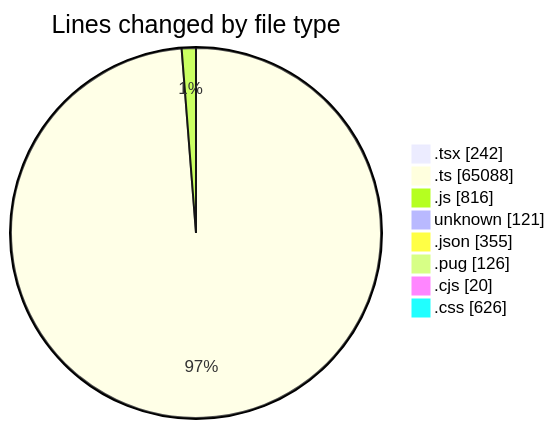
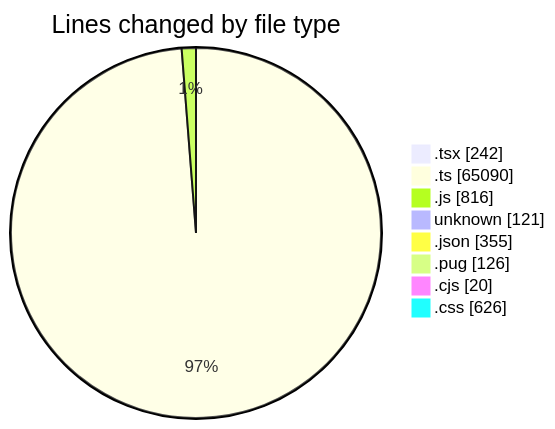
Before and after one commit to momahboobian/code-tracking: the first of 2 diagrams in 2026-06-01/cda/README.md, drawn with Mermaid. The commit also changed other lines of this file and 1 other file, not shown here.

````diff
--- a/2026-06-01/cda/README.md
+++ b/2026-06-01/cda/README.md
@@ -73,12 +73,12 @@
 ```mermaid
 pie showData
 title Lines changed by file type
 ".tsx" : 242
-".ts" : 65088
+".ts" : 65090
 ".js" : 816
 "unknown" : 121
 ".json" : 355
 ".pug" : 126
 ".cjs" : 20
 ".css" : 626
 ```
````
